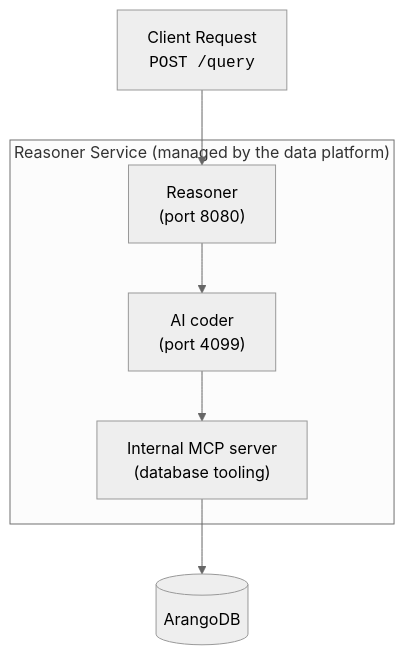
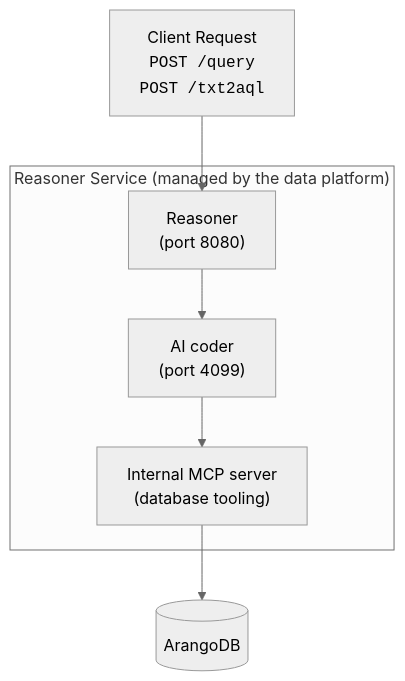
One commit to arangodb/docs-hugo changed the third of 3 diagrams in site/content/contextual-data-platform/reasoner/_index.md. Above: the diagram before and after it, drawn with Mermaid (neutral theme). The commit also changed other lines of this file and 2 other files, not shown here.

First line of the commit message:
Reasoner: Document the POST /txt2aql text-to-AQL endpoint (#1229)

````diff
--- a/site/content/contextual-data-platform/reasoner/_index.md
+++ b/site/content/contextual-data-platform/reasoner/_index.md
@@ -107,15 +132,16 @@
 ```mermaid
 flowchart TD
     Client["Client Request
-      <code>POST /query</code>"] --> ReasonerPort
+      <code>POST /query</code>
+      <code>POST /txt2aql</code>"] --> ReasonerPort
 
     subgraph ReasonerService["Reasoner Service (managed by the data platform)"]
         ReasonerPort["Reasoner
         (port 8080)"] --> AICoder["AI coder
         (port 4099)"]
         AICoder --> MCP["Internal MCP server
         (database tooling)"]
     end
 
     MCP --> DB[(ArangoDB)]
 ```
````
